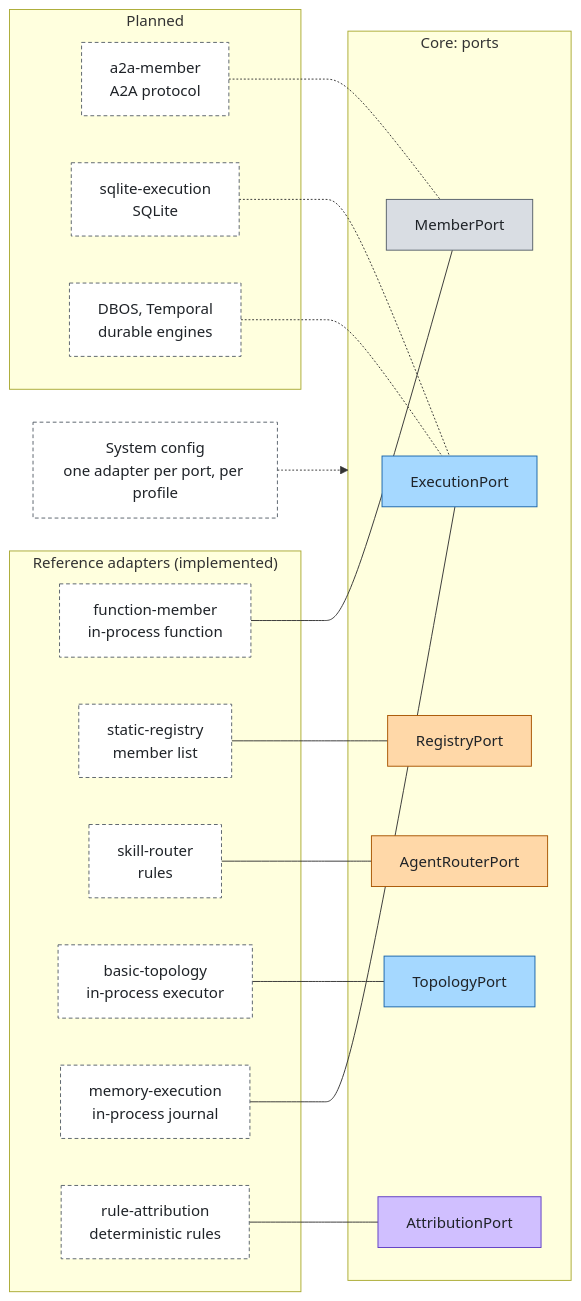
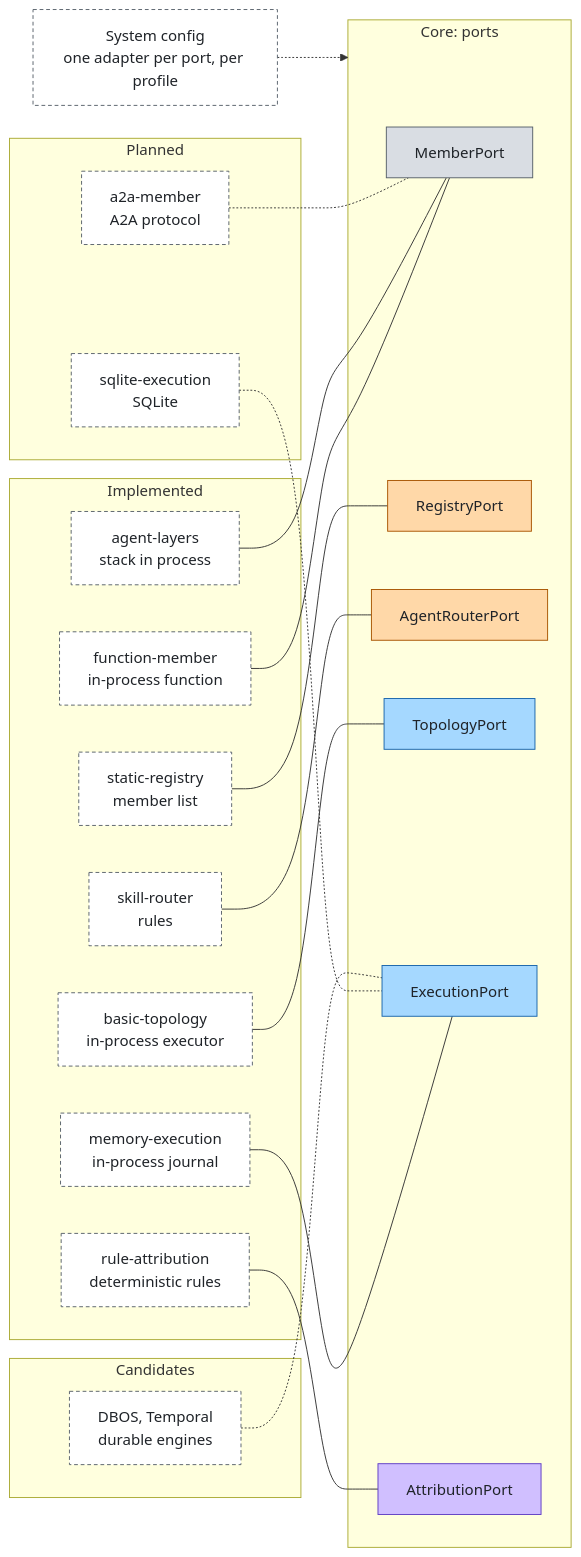
One commit to aantenore/agent-plexus changed the third of 3 diagrams in docs/stack.md. Above: the diagram before and after it, drawn with Mermaid. The commit also changed other lines of this file and 15 other files, not shown here.

Commit message:
docs: review fixes, candidates vs planned, new limits, agent-layers adapter and swap example

````diff
--- a/docs/stack.md
+++ b/docs/stack.md
@@ -106,40 +100,44 @@
 ```mermaid
 flowchart LR
   config["System config<br/>one adapter per port, per profile"]:::external
   subgraph core["Core: ports"]
     mp["MemberPort"]:::foundation
     rp["RegistryPort"]:::model
     ap["AgentRouterPort"]:::model
     tp["TopologyPort"]:::agent
     ep["ExecutionPort"]:::agent
     atp["AttributionPort"]:::insight
   end
-  subgraph impl["Reference adapters (implemented)"]
+  subgraph impl["Implemented"]
     fm["function-member<br/>in-process function"]:::external
+    al["agent-layers<br/>stack in process"]:::external
     sr["static-registry<br/>member list"]:::external
     sk["skill-router<br/>rules"]:::external
     bt["basic-topology<br/>in-process executor"]:::external
     me["memory-execution<br/>in-process journal"]:::external
     ra["rule-attribution<br/>deterministic rules"]:::external
   end
   subgraph planned["Planned"]
     a2a["a2a-member<br/>A2A protocol"]:::external
     sq["sqlite-execution<br/>SQLite"]:::external
+  end
+  subgraph cand["Candidates"]
     db["DBOS, Temporal<br/>durable engines"]:::external
   end
   config -.-> core
   fm --- mp
+  al --- mp
   sr --- rp
   sk --- ap
   bt --- tp
   me --- ep
   ra --- atp
   a2a -.- mp
   sq -.- ep
   db -.- ep
   classDef foundation fill:#d9dde3,stroke:#57606a,color:#1f2328
   classDef model fill:#ffd8a8,stroke:#a85400,color:#1f2328
   classDef agent fill:#a5d8ff,stroke:#1864ab,color:#1f2328
   classDef insight fill:#d0bfff,stroke:#5f3dc4,color:#1f2328
   classDef external fill:#ffffff,stroke:#57606a,color:#1f2328,stroke-dasharray:4 3
 ```
````
